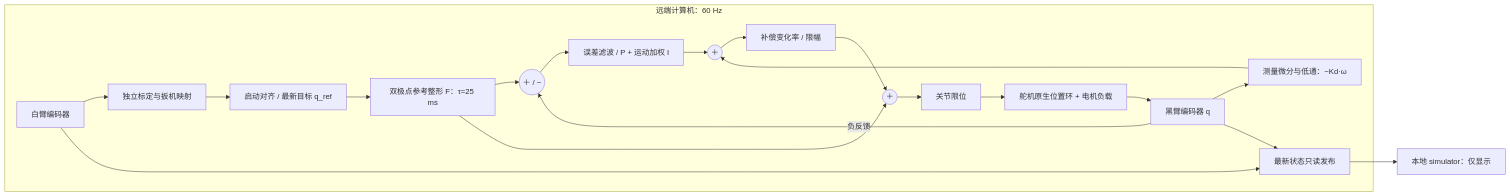
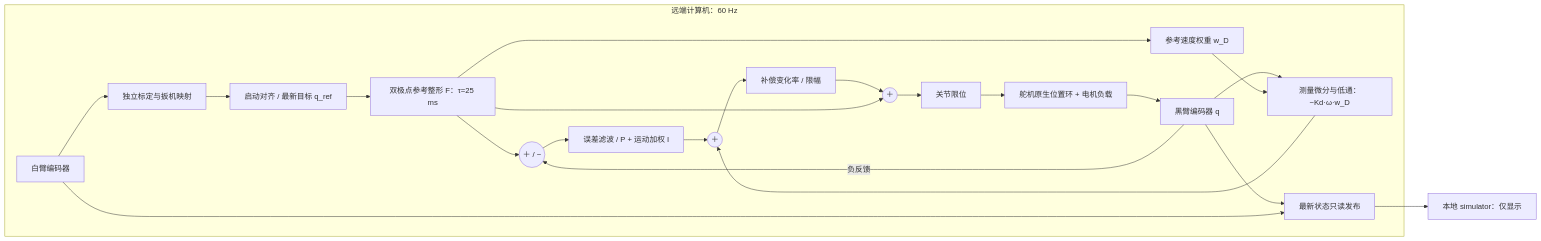
One commit to shawLyu/LeRobot changed the diagram in docs/lerobot-control.md. Above: the diagram before and after it, drawn with Mermaid. The commit also changed other lines of this file and 34 other files, not shown here.

````diff
--- a/docs/lerobot-control.md
+++ b/docs/lerobot-control.md
@@ -141,23 +156,25 @@
 ```mermaid
 flowchart LR
   subgraph R[远端计算机：60 Hz]
     L[白臂编码器] --> M[独立标定与扳机映射]
     M --> A[启动对齐 / 最新目标 q_ref]
     A --> F[双极点参考整形 F：τ=25 ms]
     F --> S((＋ / −))
     S --> PID[误差滤波 / P + 运动加权 I]
-    Q --> D[测量微分与低通：−Kd·ω]
+    Q --> D[测量微分与低通：−Kd·ω·w_D]
+    F --> W[参考速度权重 w_D]
+    W --> D
     D --> C((＋))
     PID --> C
     C --> B[补偿变化率 / 限幅]
     B --> SUM((＋))
     F --> SUM
     SUM --> LIMIT[关节限位]
     LIMIT --> N[舵机原生位置环 + 电机负载]
     N --> Q[黑臂编码器 q]
     Q -->|负反馈| S
     Q --> T[最新状态只读发布]
     L --> T
   end
   T --> V[本地 simulator：仅显示]
 ```
````
